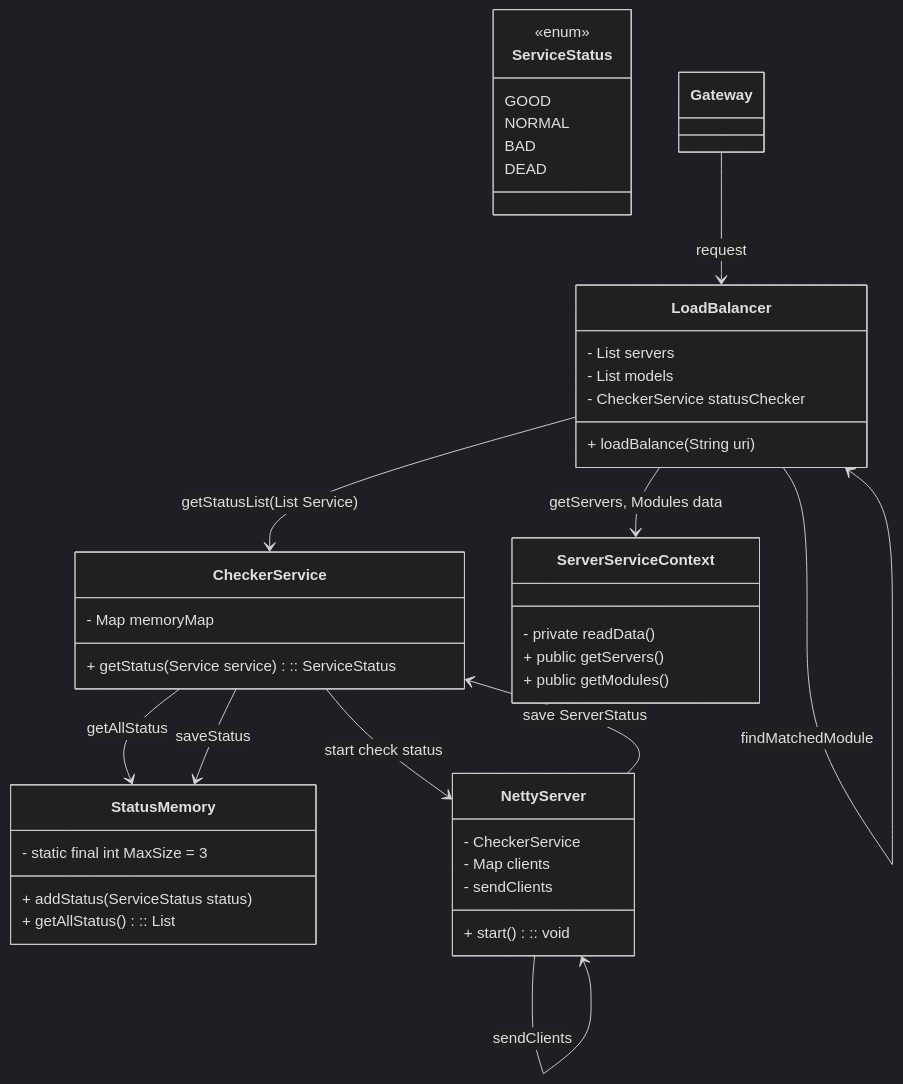
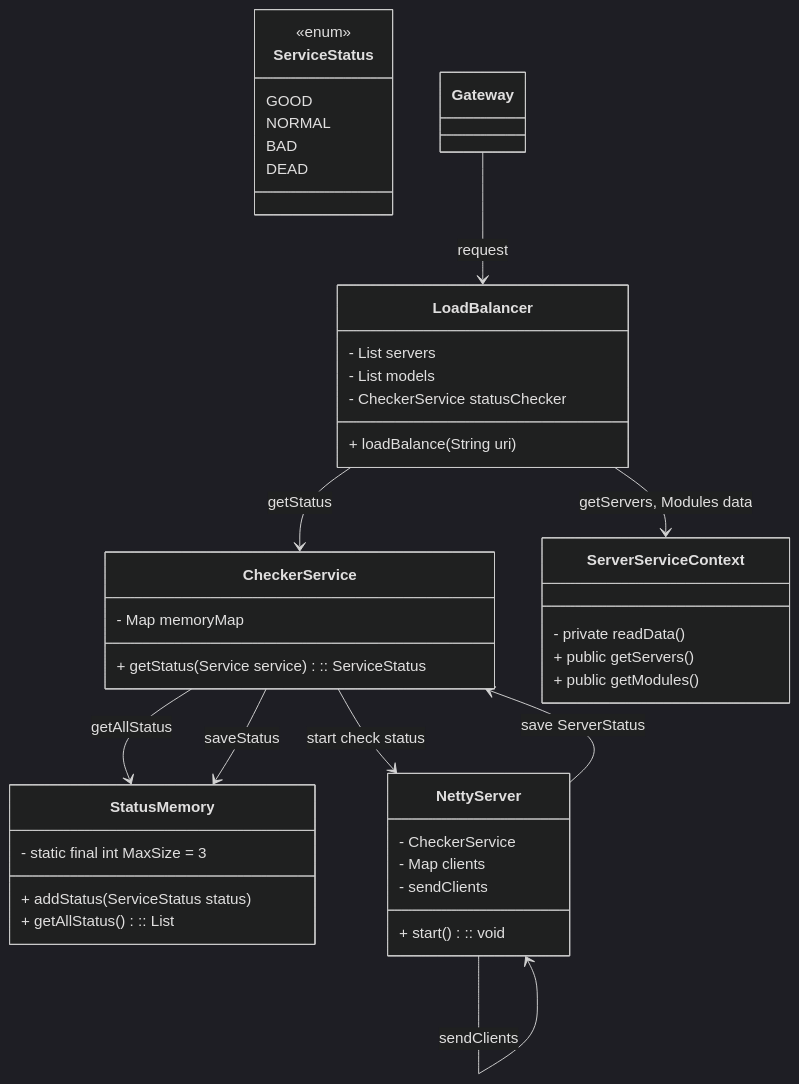
The third of 3 diagrams in Gateway/README.md (kwonhee1/Yacht-MSA), drawn with Mermaid (dark theme) before and after one commit. The commit also changed 3 other files, not shown here.

````diff
--- a/Gateway/README.md
+++ b/Gateway/README.md
@@ -134,60 +134,54 @@
 ```mermaid
 classDiagram
 
     class ServiceStatus {
         <<enum>>
         GOOD
         NORMAL
         BAD
         DEAD
     }
 
     class LoadBalancer {
         - List<Server> servers
         - List<Module> models
         - CheckerService statusChecker
         + loadBalance(String uri)
     }
     
     class CheckerService {
         - Map memoryMap
         + getStatus(Service service) :: ServiceStatus
     }
     
     class StatusMemory {
         - static final int MaxSize = 3
         + addStatus(ServiceStatus status)
         + getAllStatus() :: List
     }
     
     class NettyServer {
         - CheckerService
         - Map clients
         + start() :: void
         - sendClients
     }
     
-%%    note for NettyServer "
-%%    NettyServer를 사용해
-%%    ServerStatus를 위한 값을 수집함
-%%    "
-    
     class ServerServiceContext {
         - private readData()
         + public getServers()
         + public getModules()
     }
     
     Gateway --> LoadBalancer : request
     
-    LoadBalancer --> LoadBalancer : findMatchedModule
-    LoadBalancer --> CheckerService : getStatusList(List Service)
+    LoadBalancer --> CheckerService : getStatus
     LoadBalancer --> ServerServiceContext : getServers, Modules data
     
     CheckerService --> StatusMemory : getAllStatus
     CheckerService --> StatusMemory : saveStatus
     CheckerService --> NettyServer : start check status
     
     NettyServer --> CheckerService : save ServerStatus
     NettyServer --> NettyServer : sendClients
 ```
````
